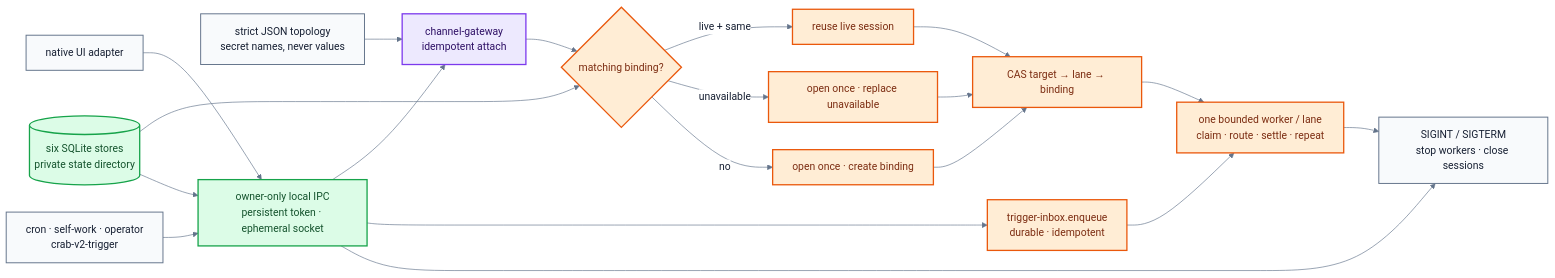
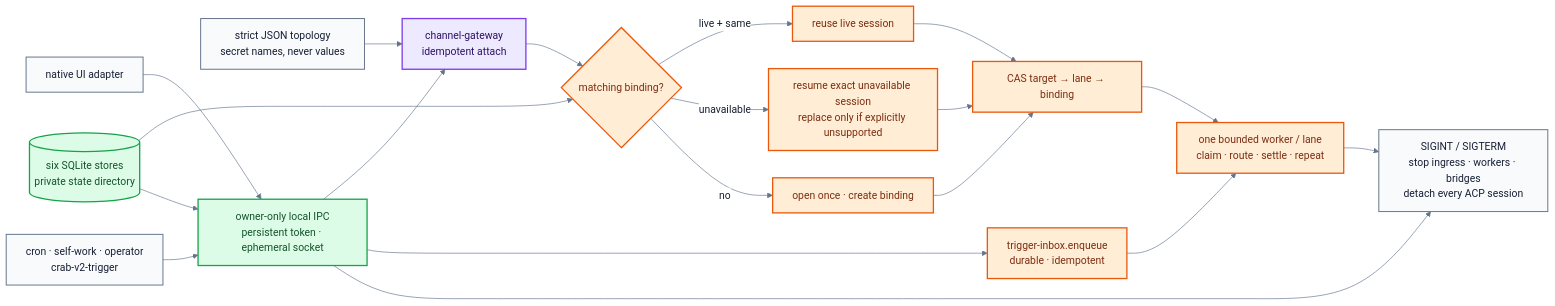
Before and after one commit to fontanierh/crab: the diagram in v2/docs/runtime-startup-flow.mmd, drawn with Mermaid. The commit also changed 24 other files, not shown here.

Commit message:
feat(v2): detach sessions on graceful shutdown (#241)

```diff
--- a/v2/docs/runtime-startup-flow.mmd
+++ b/v2/docs/runtime-startup-flow.mmd
@@ -1,41 +1,41 @@
 %%{init: {"theme": "base", "themeVariables": {"fontFamily": "ui-sans-serif, system-ui, sans-serif", "primaryTextColor": "#172033", "lineColor": "#64748b", "edgeLabelBackground": "#ffffff"}, "flowchart": {"curve": "basis", "nodeSpacing": 42, "rankSpacing": 54}}}%%
 flowchart LR
     CONFIG["strict JSON topology<br/>secret names, never values"]
     STATE[("six SQLite stores<br/>private state directory")]
     IPC["owner-only local IPC<br/>persistent token · ephemeral socket"]
     UI["native UI adapter"]
     TRIGGER["cron · self-work · operator<br/>crab-v2-trigger"]
     ATTACH["channel-gateway<br/>idempotent attach"]
     INBOX["trigger-inbox.enqueue<br/>durable · idempotent"]
     RECOVER{"matching binding?"}
     REUSE["reuse live session"]
-    REBIND["open once · replace unavailable"]
+    REBIND["resume exact unavailable session<br/>replace only if explicitly unsupported"]
     BIND["open once · create binding"]
     ROUTE["CAS target → lane → binding"]
     WORKER["one bounded worker / lane<br/>claim · route · settle · repeat"]
-    SIGNAL["SIGINT / SIGTERM<br/>stop workers · close sessions"]
+    SIGNAL["SIGINT / SIGTERM<br/>stop ingress · workers · bridges<br/>detach every ACP session"]
 
     CONFIG --> ATTACH
     UI --> IPC --> ATTACH
     TRIGGER --> IPC --> INBOX --> WORKER
     STATE --> RECOVER
     ATTACH --> RECOVER
     RECOVER -->|"live + same"| REUSE
     RECOVER -->|"unavailable"| REBIND
     RECOVER -->|"no"| BIND
     REUSE --> ROUTE
     REBIND --> ROUTE
     BIND --> ROUTE
     ROUTE --> WORKER
     STATE --> IPC
     WORKER --> SIGNAL
     IPC --> SIGNAL
 
     classDef config fill:#f8fafc,stroke:#64748b,stroke-width:1.5px,color:#172033;
     classDef durable fill:#dcfce7,stroke:#16a34a,stroke-width:2px,color:#14532d;
     classDef agent fill:#ede9fe,stroke:#7c3aed,stroke-width:2px,color:#2e1065;
     classDef runtime fill:#ffedd5,stroke:#ea580c,stroke-width:2px,color:#7c2d12;
     class CONFIG,UI,TRIGGER,SIGNAL config;
     class STATE,IPC durable;
     class ATTACH agent;
     class RECOVER,REUSE,REBIND,BIND,ROUTE,INBOX,WORKER runtime;
```
